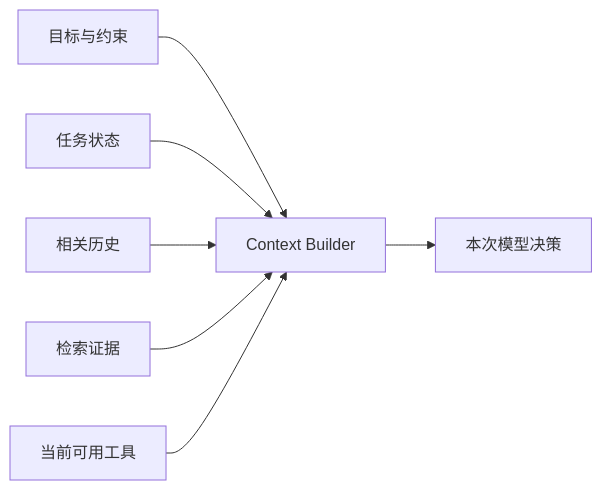
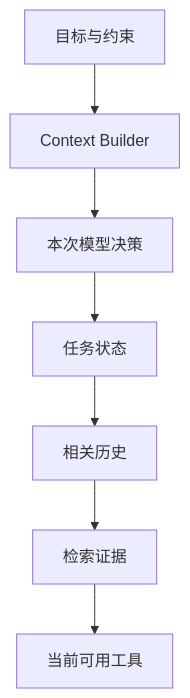
Before and after one commit to hub138/technical-knowledge: the first of 2 diagrams in vault/工程知识/AI 系统工程：从模型能力到生产能力/模型与上下文/上下文工程是在有限预算内构造决策现场.md, drawn with Mermaid. The commit also changed other lines of this file and 622 other files, not shown here.

````diff
--- a/vault/工程知识/AI 系统工程：从模型能力到生产能力/模型与上下文/上下文工程是在有限预算内构造决策现场.md
+++ b/vault/工程知识/AI 系统工程：从模型能力到生产能力/模型与上下文/上下文工程是在有限预算内构造决策现场.md
@@ -29,9 +53,9 @@
 ```mermaid
-flowchart LR
+flowchart TB
     G[目标与约束] --> B[Context Builder]
-    S[任务状态] --> B
-    H[相关历史] --> B
-    R[检索证据] --> B
-    T[当前可用工具] --> B
-    B --> M[本次模型决策]
+    B --> M["本次模型决策"]
+    M --> S[任务状态]
+    S --> H[相关历史]
+    H --> R[检索证据]
+    R --> T[当前可用工具]
 ```
````
